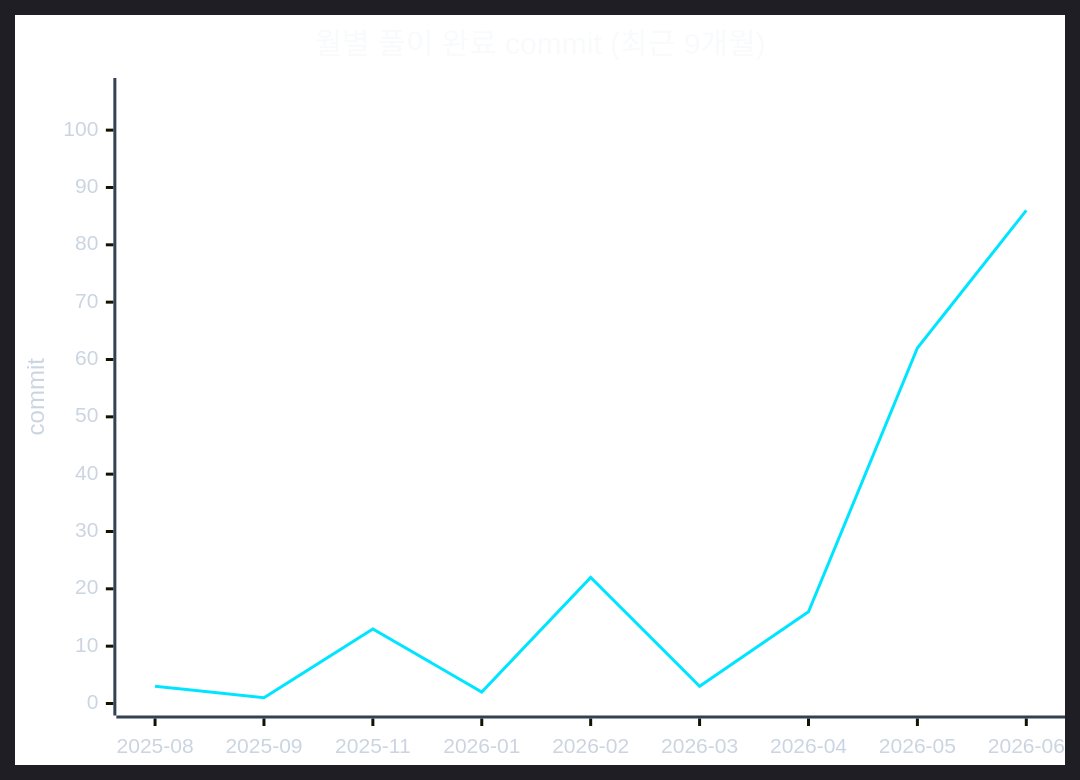
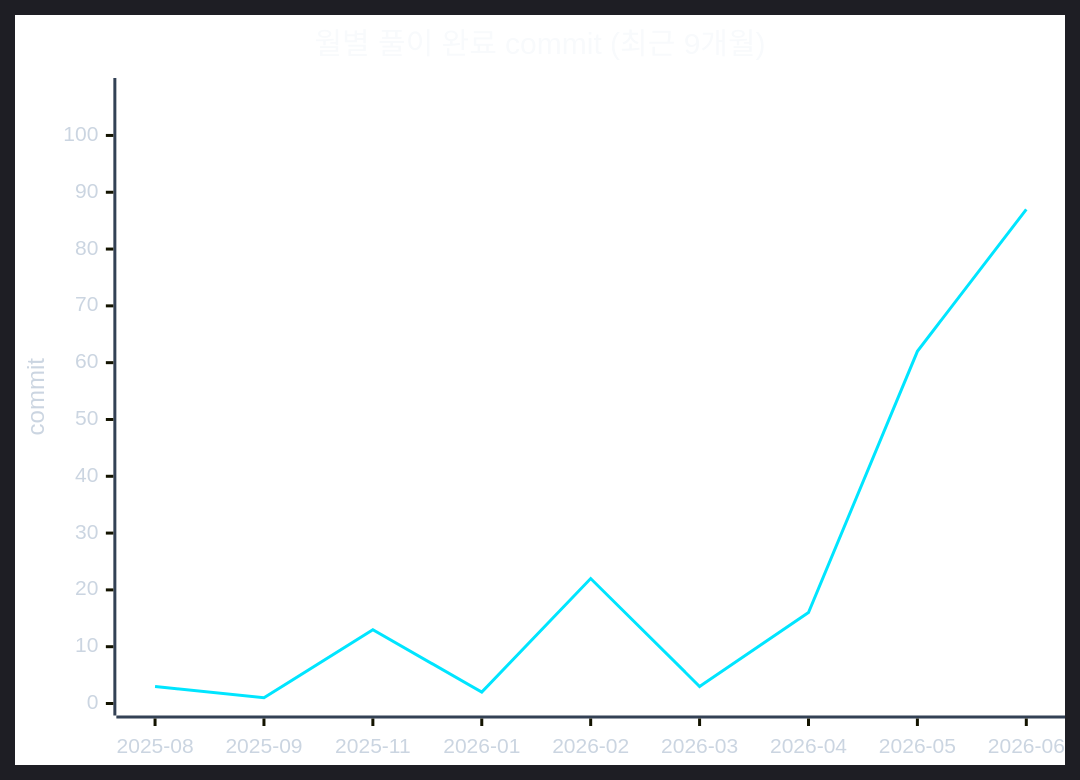
The second of 2 diagrams in readme.md (CHOOSLA/Algorithm), drawn with Mermaid before and after one commit. The commit also changed other lines of this file and 2 other files, not shown here.

````diff
--- a/readme.md
+++ b/readme.md
@@ -71,22 +71,22 @@
 ```mermaid
 ---
 config:
   theme: dark
   themeVariables:
     background: '#0d1117'
     xyChart:
       titleColor: '#f8fafc'
       xAxisLabelColor: '#cbd5e1'
       xAxisTitleColor: '#cbd5e1'
       xAxisLineColor: '#334155'
       yAxisLabelColor: '#cbd5e1'
       yAxisTitleColor: '#cbd5e1'
       yAxisLineColor: '#334155'
       plotColorPalette: '#00e5ff'
 ---
 xychart-beta
   title "월별 풀이 완료 commit (최근 9개월)"
   x-axis ["2025-08", "2025-09", "2025-11", "2026-01", "2026-02", "2026-03", "2026-04", "2026-05", "2026-06"]
-  y-axis "commit" 0 --> 107
-  line [3, 1, 13, 2, 22, 3, 16, 62, 86]
+  y-axis "commit" 0 --> 108
+  line [3, 1, 13, 2, 22, 3, 16, 62, 87]
 ```
````
